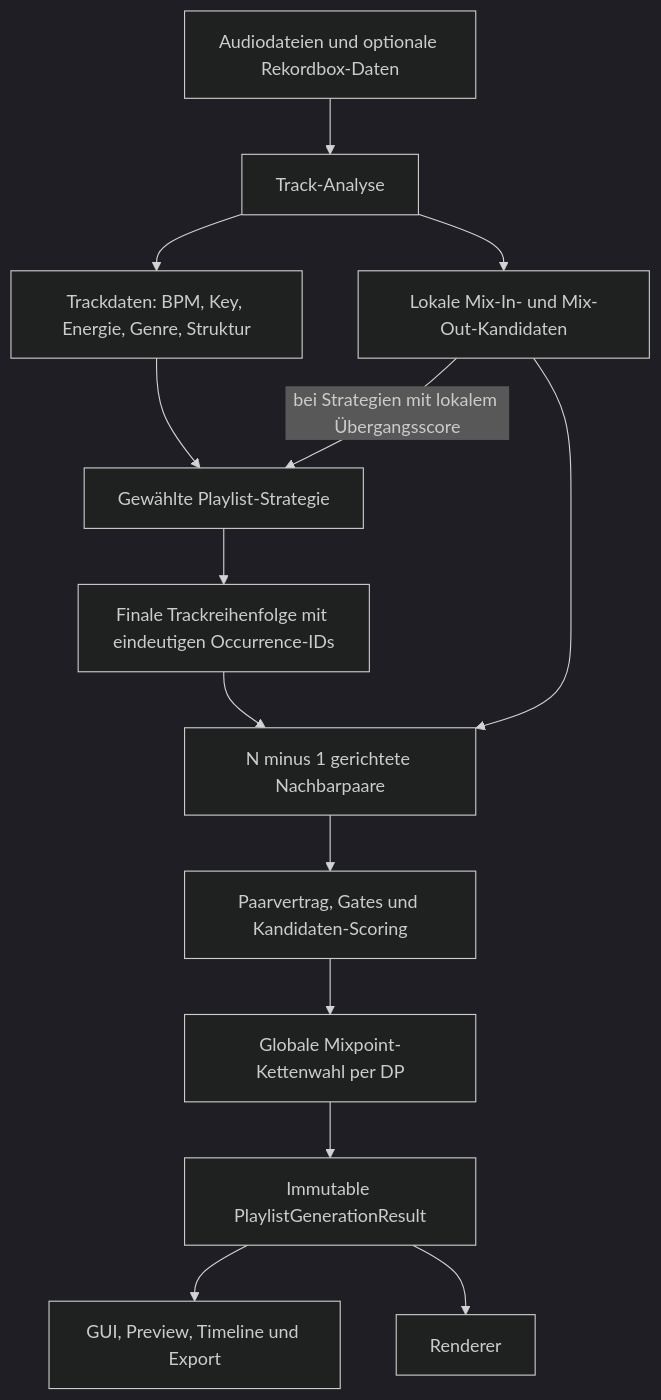
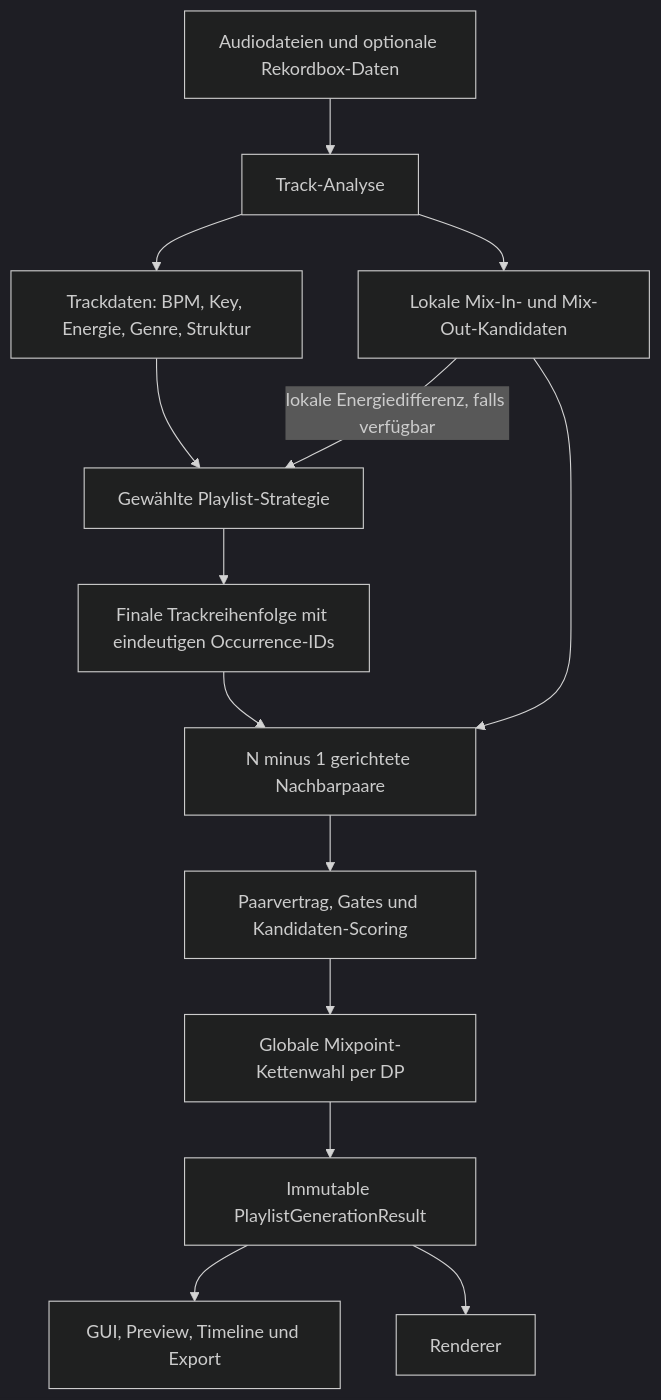
The first of 9 diagrams in docs/TRACKAUSWAHL-UND-MIXPOINT-FLUSS.md (Crusty696/HarmonicPlaylistGenkopie_V2.0), drawn with Mermaid (dark theme) before and after one commit. The commit also changed other lines of this file and 10 other files, not shown here.

````diff
--- a/docs/TRACKAUSWAHL-UND-MIXPOINT-FLUSS.md
+++ b/docs/TRACKAUSWAHL-UND-MIXPOINT-FLUSS.md
@@ -14,16 +14,16 @@
 ```mermaid
 flowchart TD
     A[Audiodateien und optionale Rekordbox-Daten] --> B[Track-Analyse]
     B --> C[Trackdaten: BPM, Key, Energie, Genre, Struktur]
     B --> D[Lokale Mix-In- und Mix-Out-Kandidaten]
     C --> E[Gewählte Playlist-Strategie]
-    D -->|bei Strategien mit lokalem Übergangsscore| E
+    D -->|lokale Energiedifferenz, falls verfügbar| E
     E --> F[Finale Trackreihenfolge mit eindeutigen Occurrence-IDs]
     F --> G[N minus 1 gerichtete Nachbarpaare]
     D --> G
     G --> H[Paarvertrag, Gates und Kandidaten-Scoring]
     H --> K[Globale Mixpoint-Kettenwahl per DP]
     K --> L[Immutable PlaylistGenerationResult]
     L --> M[GUI, Preview, Timeline und Export]
     L --> N[Renderer]
 ```
````
